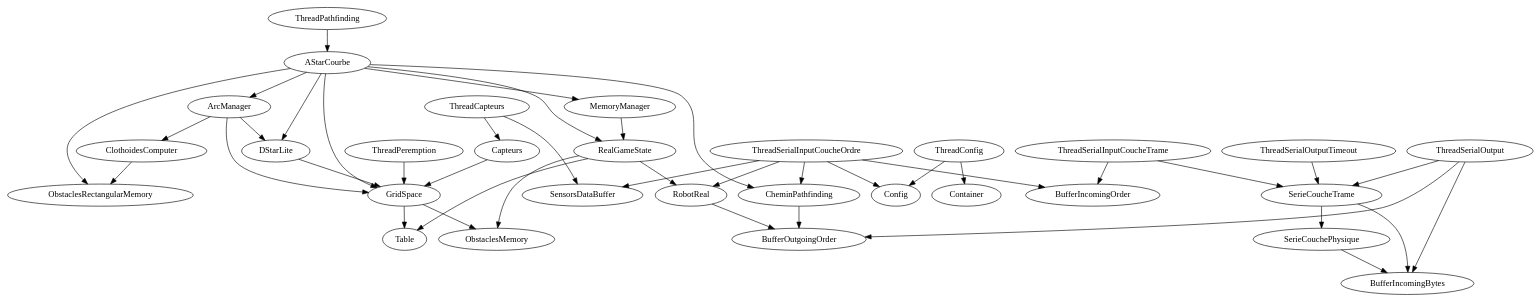
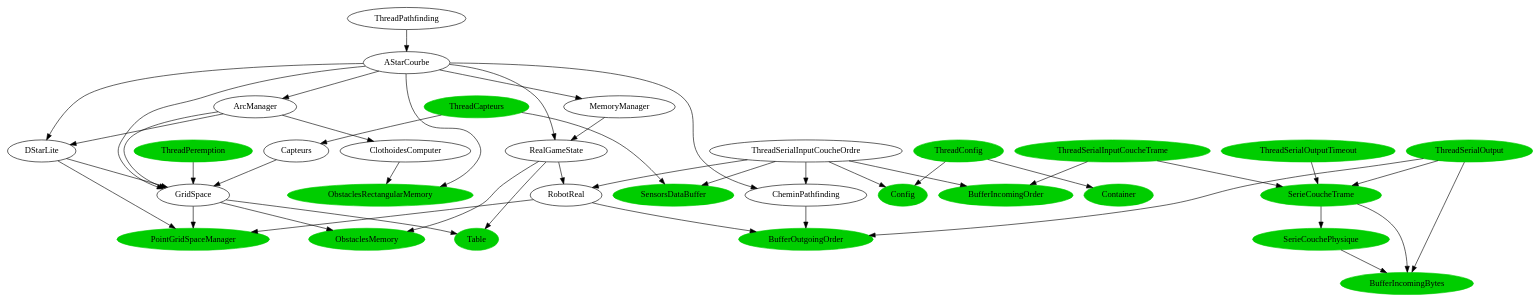
Before and after one commit to INTechSenpai/moon-rover: the diagram in pc/dependances.dot, drawn with Graphviz. The commit also changed 21 other files, not shown here.

Commit message:
Mise à jour du graphe de dépendances, doc, nouveau package, affichage des booléens de debug

```diff
--- a/pc/dependances.dot
+++ b/pc/dependances.dot
@@ -1,103 +1,109 @@
 digraph dependancesJava {
-SensorsDataBuffer;
+SensorsDataBuffer [color=green3, style=filled];
 ThreadCapteurs -> SensorsDataBuffer;
 Capteurs;
 ThreadCapteurs -> Capteurs;
 GridSpace;
 Capteurs -> GridSpace;
-ObstaclesMemory;
+ObstaclesMemory [color=green3, style=filled];
 GridSpace -> ObstaclesMemory;
-Table;
+Table [color=green3, style=filled];
 GridSpace -> Table;
-Config;
+PointGridSpaceManager [color=green3, style=filled];
+GridSpace -> PointGridSpaceManager;
+Config [color=green3, style=filled];
 ThreadConfig -> Config;
-Container;
+Container [color=green3, style=filled];
 ThreadConfig -> Container;
 AStarCourbe;
 ThreadPathfinding -> AStarCourbe;
 DStarLite;
 AStarCourbe -> DStarLite;
 GridSpace;
 DStarLite -> GridSpace;
+PointGridSpaceManager [color=green3, style=filled];
+DStarLite -> PointGridSpaceManager;
 ArcManager;
 AStarCourbe -> ArcManager;
 GridSpace;
 ArcManager -> GridSpace;
 DStarLite;
 ArcManager -> DStarLite;
 ClothoidesComputer;
 ArcManager -> ClothoidesComputer;
-ObstaclesRectangularMemory;
+ObstaclesRectangularMemory [color=green3, style=filled];
 ClothoidesComputer -> ObstaclesRectangularMemory;
 RealGameState;
 AStarCourbe -> RealGameState;
 RobotReal;
 RealGameState -> RobotReal;
-BufferOutgoingOrder;
+BufferOutgoingOrder [color=green3, style=filled];
 RobotReal -> BufferOutgoingOrder;
-ObstaclesMemory;
+PointGridSpaceManager [color=green3, style=filled];
+RobotReal -> PointGridSpaceManager;
+ObstaclesMemory [color=green3, style=filled];
 RealGameState -> ObstaclesMemory;
-Table;
+Table [color=green3, style=filled];
 RealGameState -> Table;
 CheminPathfinding;
 AStarCourbe -> CheminPathfinding;
-BufferOutgoingOrder;
+BufferOutgoingOrder [color=green3, style=filled];
 CheminPathfinding -> BufferOutgoingOrder;
 MemoryManager;
 AStarCourbe -> MemoryManager;
 RealGameState;
 MemoryManager -> RealGameState;
 GridSpace;
 AStarCourbe -> GridSpace;
-ObstaclesRectangularMemory;
+ObstaclesRectangularMemory [color=green3, style=filled];
 AStarCourbe -> ObstaclesRectangularMemory;
 GridSpace;
 ThreadPeremption -> GridSpace;
-Config;
+Config [color=green3, style=filled];
 ThreadSerialInputCoucheOrdre -> Config;
-BufferIncomingOrder;
+BufferIncomingOrder [color=green3, style=filled];
 ThreadSerialInputCoucheOrdre -> BufferIncomingOrder;
-SensorsDataBuffer;
+SensorsDataBuffer [color=green3, style=filled];
 ThreadSerialInputCoucheOrdre -> SensorsDataBuffer;
 RobotReal;
 ThreadSerialInputCoucheOrdre -> RobotReal;
 CheminPathfinding;
 ThreadSerialInputCoucheOrdre -> CheminPathfinding;
-SerieCoucheTrame;
+SerieCoucheTrame [color=green3, style=filled];
 ThreadSerialInputCoucheTrame -> SerieCoucheTrame;
-SerieCouchePhysique;
+SerieCouchePhysique [color=green3, style=filled];
 SerieCoucheTrame -> SerieCouchePhysique;
-BufferIncomingBytes;
+BufferIncomingBytes [color=green3, style=filled];
 SerieCouchePhysique -> BufferIncomingBytes;
-BufferIncomingBytes;
+BufferIncomingBytes [color=green3, style=filled];
 SerieCoucheTrame -> BufferIncomingBytes;
-BufferIncomingOrder;
+BufferIncomingOrder [color=green3, style=filled];
 ThreadSerialInputCoucheTrame -> BufferIncomingOrder;
-SerieCoucheTrame;
+SerieCoucheTrame [color=green3, style=filled];
 ThreadSerialOutput -> SerieCoucheTrame;
-BufferOutgoingOrder;
+BufferOutgoingOrder [color=green3, style=filled];
 ThreadSerialOutput -> BufferOutgoingOrder;
-BufferIncomingBytes;
+BufferIncomingBytes [color=green3, style=filled];
 ThreadSerialOutput -> BufferIncomingBytes;
-SerieCoucheTrame;
+SerieCoucheTrame [color=green3, style=filled];
 ThreadSerialOutputTimeout -> SerieCoucheTrame;
-Config;
-Table;
+Config [color=green3, style=filled];
+Table [color=green3, style=filled];
 AStarCourbe;
-ThreadCapteurs;
-ThreadCapteurs;
-ThreadConfig;
-ThreadConfig;
+ThreadCapteurs [color=green3, style=filled];
+ThreadCapteurs [color=green3, style=filled];
+ThreadConfig [color=green3, style=filled];
+ThreadConfig [color=green3, style=filled];
 ThreadPathfinding;
 ThreadPathfinding;
-ThreadPeremption;
-ThreadPeremption;
+ThreadPeremption [color=green3, style=filled];
+ThreadPeremption [color=green3, style=filled];
 ThreadSerialInputCoucheOrdre;
 ThreadSerialInputCoucheOrdre;
-ThreadSerialInputCoucheTrame;
-ThreadSerialInputCoucheTrame;
-ThreadSerialOutput;
-ThreadSerialOutput;
-ThreadSerialOutputTimeout;
-ThreadSerialOutputTimeout;
+ThreadSerialInputCoucheTrame [color=green3, style=filled];
+ThreadSerialInputCoucheTrame [color=green3, style=filled];
+ThreadSerialOutput [color=green3, style=filled];
+ThreadSerialOutput [color=green3, style=filled];
+ThreadSerialOutputTimeout [color=green3, style=filled];
+ThreadSerialOutputTimeout [color=green3, style=filled];
 }
```
